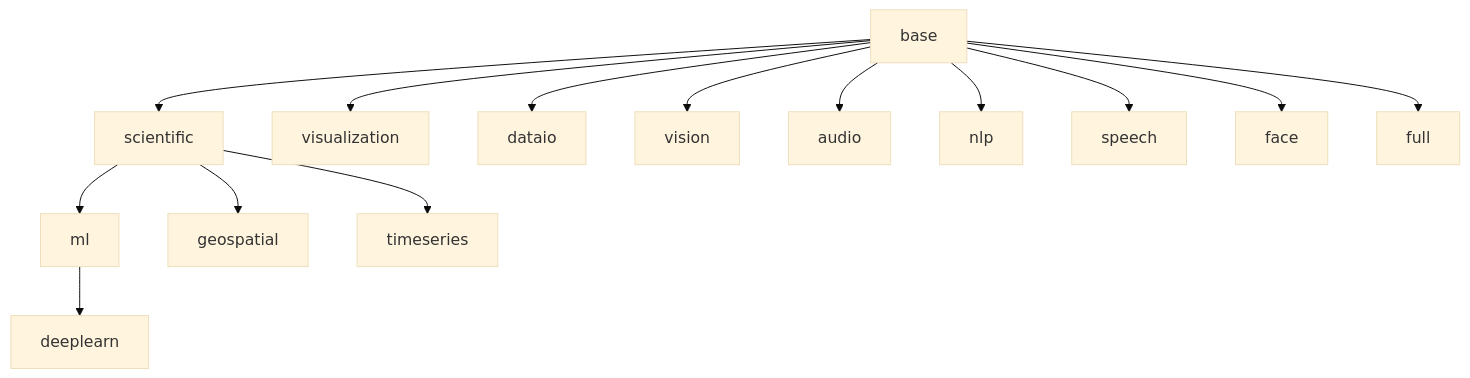
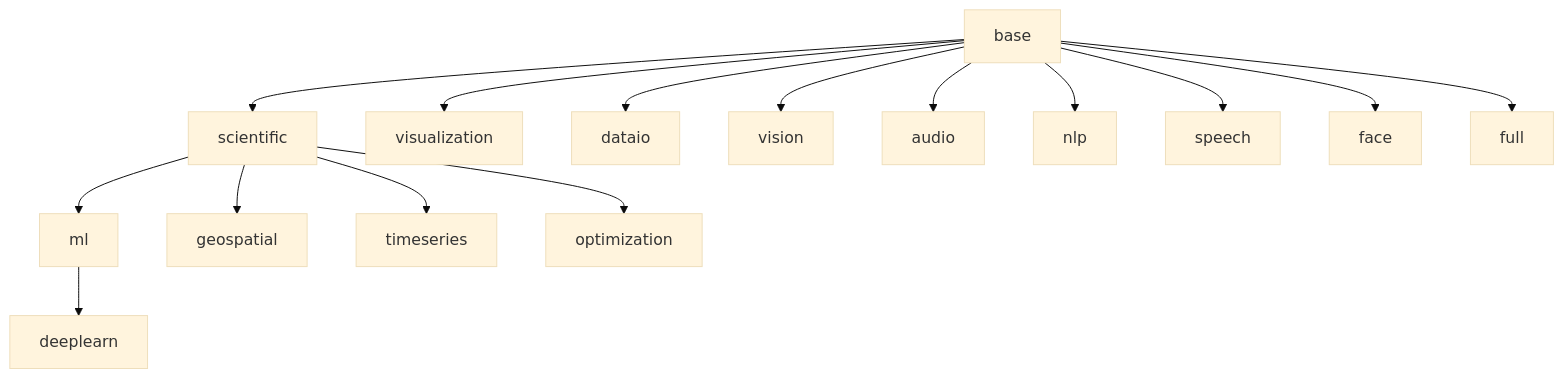
Before and after one commit to wlame/jupyter-docker: the first of 2 diagrams in docs/concepts/architecture.md, drawn with Mermaid (base theme). The commit also changed other lines of this file and 24 other files, not shown here.

````diff
--- a/docs/concepts/architecture.md
+++ b/docs/concepts/architecture.md
@@ -56,17 +56,18 @@
 ```mermaid
 flowchart TD
     base[base]
     base --> scientific[scientific]
     base --> visualization[visualization]
     base --> dataio[dataio]
     base --> vision[vision]
     base --> audio[audio]
     base --> nlp[nlp]
     base --> speech[speech]
     base --> face[face]
     base --> full[full]
     scientific --> ml[ml]
     scientific --> geospatial[geospatial]
     scientific --> timeseries[timeseries]
+    scientific --> optimization[optimization]
     ml --> deeplearn[deeplearn]
 ```
````
